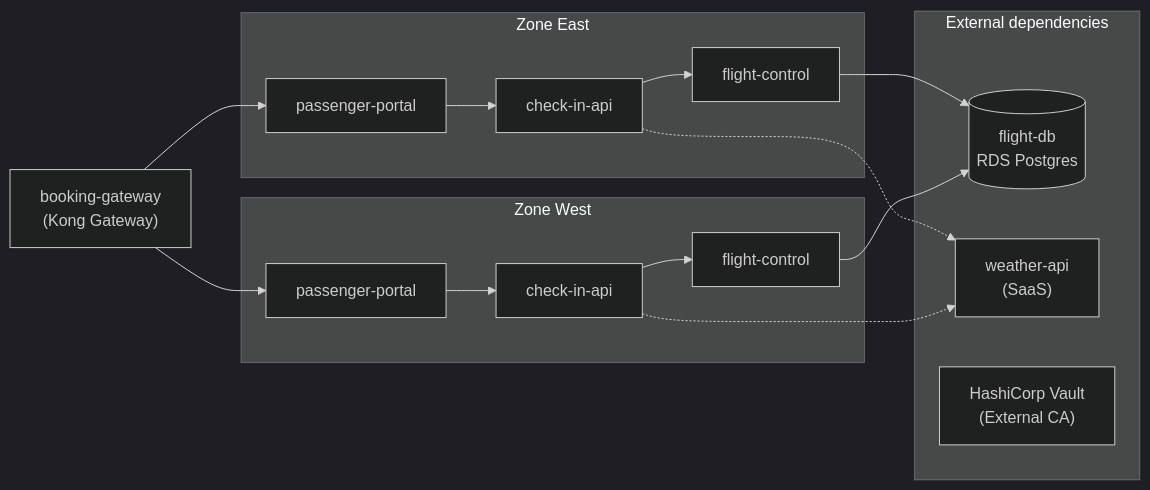
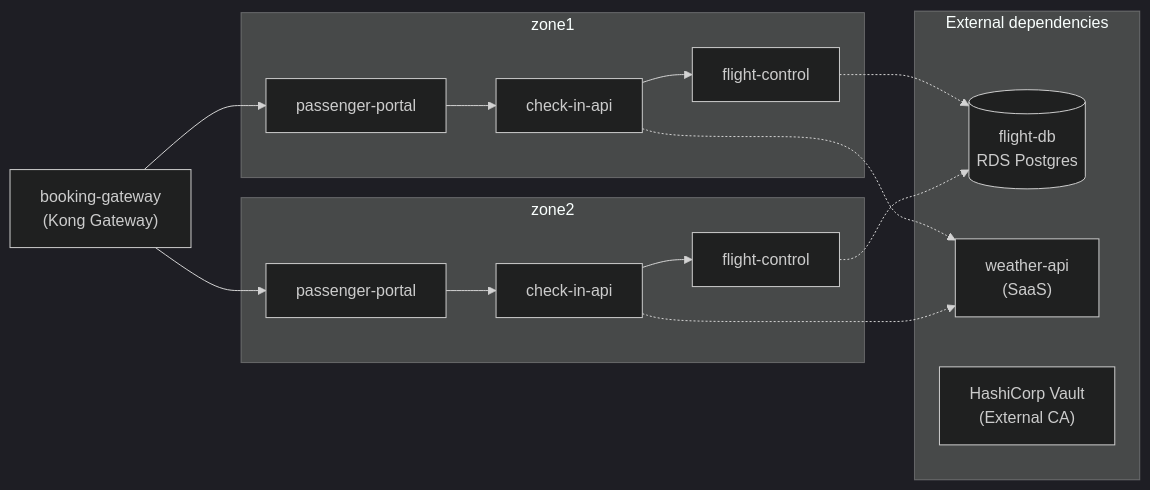
The diagram in app/mesh/scenarios/introduction.md (Kong/developer.konghq.com), drawn with Mermaid (dark theme) before and after one commit. The commit also changed other lines of this file and 24 other files, not shown here.

```diff
--- a/app/mesh/scenarios/introduction.md
+++ b/app/mesh/scenarios/introduction.md
@@ -25,29 +25,29 @@
 {% mermaid %}
 graph LR
   BG["booking-gateway<br/>(Kong Gateway)"]
-  subgraph ZE["Zone East"]
+  subgraph ZE["zone1"]
     PP_E["passenger-portal"]
     CI_E["check-in-api"]
     FC_E["flight-control"]
   end
-  subgraph ZW["Zone West"]
+  subgraph ZW["zone2"]
     PP_W["passenger-portal"]
     CI_W["check-in-api"]
     FC_W["flight-control"]
   end
   subgraph EXT["External dependencies"]
     DB[("flight-db<br/>RDS Postgres")]
     WX["weather-api<br/>(SaaS)"]
     VAULT["HashiCorp Vault<br/>(External CA)"]
   end
   BG --> PP_E
   BG --> PP_W
   PP_E --> CI_E
   PP_W --> CI_W
   CI_E --> FC_E
   CI_W --> FC_W
   CI_E -.-> WX
   CI_W -.-> WX
-  FC_E --> DB
-  FC_W --> DB
+  FC_E -.-> DB
+  FC_W -.-> DB
 {% endmermaid %}
```
